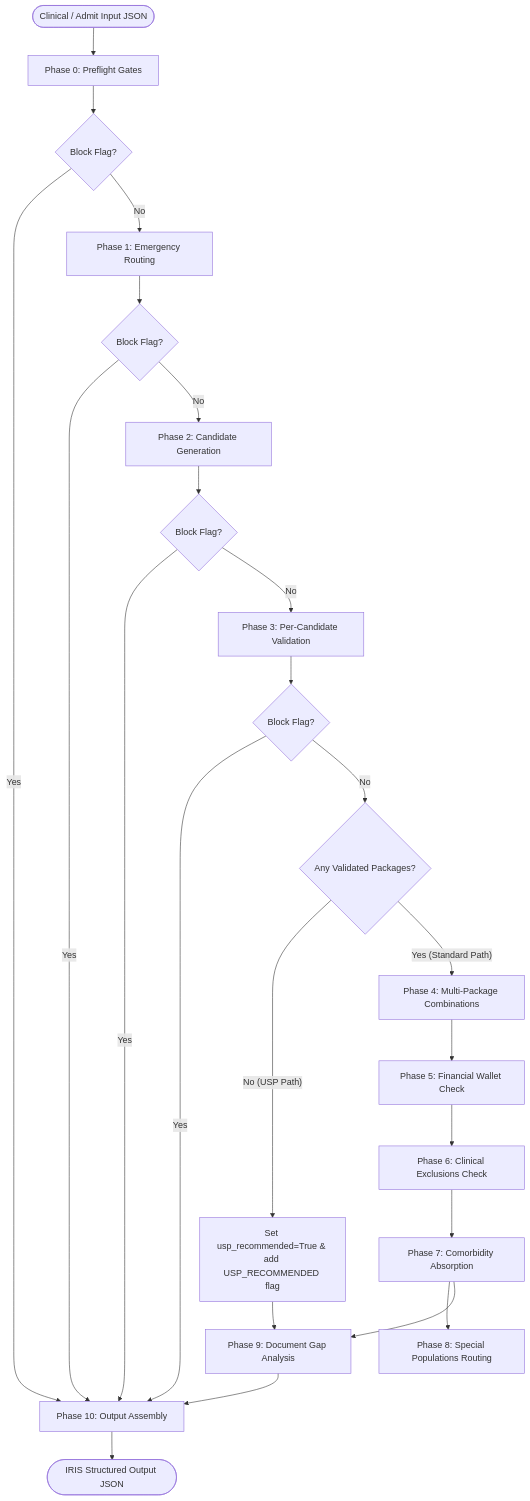
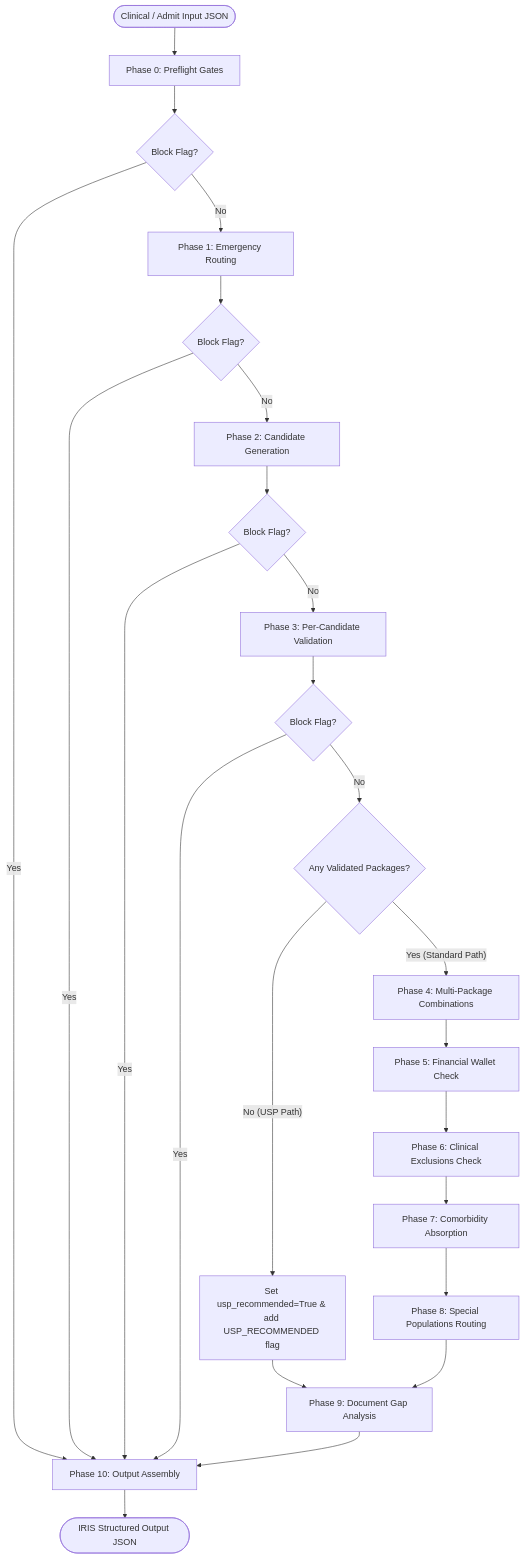
One commit to Hanneeth/1hat-phase-1 changed the diagram in SYSTEM_DESIGN.md. Above: the diagram before and after it, drawn with Mermaid. The commit also changed other lines of this file and 42 other files, not shown here.

````diff
--- a/SYSTEM_DESIGN.md
+++ b/SYSTEM_DESIGN.md
@@ -33,29 +33,29 @@
 ```mermaid
 flowchart TD
     Start([Clinical / Admit Input JSON]) --> P0[Phase 0: Preflight Gates]
     P0 --> C0{Block Flag?}
     C0 -- Yes --> P10[Phase 10: Output Assembly]
     C0 -- No --> P1[Phase 1: Emergency Routing]
     P1 --> C1{Block Flag?}
     C1 -- Yes --> P10
     C1 -- No --> P2[Phase 2: Candidate Generation]
     P2 --> C2{Block Flag?}
     C2 -- Yes --> P10
     C2 -- No --> P3[Phase 3: Per-Candidate Validation]
     P3 --> C3{Block Flag?}
     C3 -- Yes --> P10
     C3 -- No --> C3_Empty{Any Validated Packages?}
     
     C3_Empty -- No (USP Path) --> USP_Set[Set usp_recommended=True & add USP_RECOMMENDED flag]
     USP_Set --> P9[Phase 9: Document Gap Analysis]
     
     C3_Empty -- Yes (Standard Path) --> P4[Phase 4: Multi-Package Combinations]
     P4 --> P5[Phase 5: Financial Wallet Check]
     P5 --> P6[Phase 6: Clinical Exclusions Check]
     P6 --> P7[Phase 7: Comorbidity Absorption]
     P7 --> P8[Phase 8: Special Populations Routing]
-    P7 --> P9
+    P8 --> P9
     
     P9 --> P10
     P10 --> End([IRIS Structured Output JSON])
 ```
````
